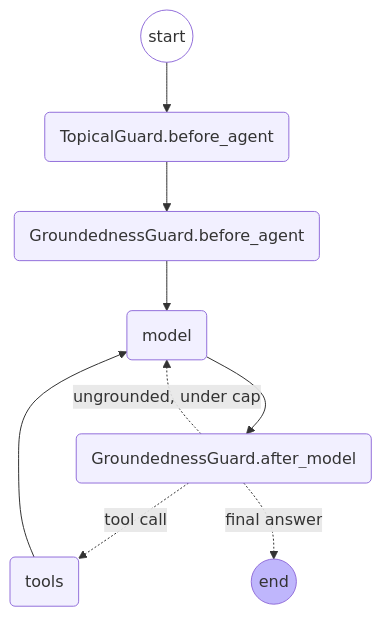
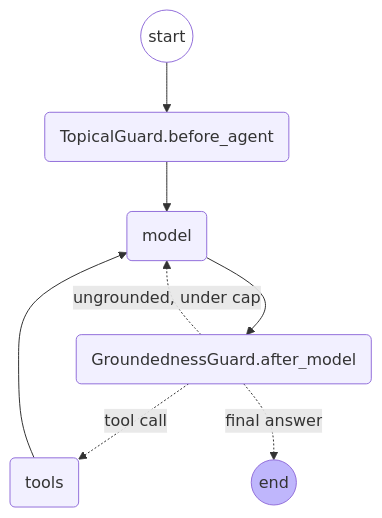
One commit to hadifar/rag changed the third of 5 diagrams in docs/architecture.md. Above: the diagram before and after it, drawn with Mermaid. The commit also changed other lines of this file and 2 other files, not shown here.

Commit message:
refactor(guards): derive groundedness revisions from turn messages, drop before_agent

````diff
--- a/docs/architecture.md
+++ b/docs/architecture.md
@@ -82,17 +81,16 @@
 ```mermaid
 graph TD
     __start__((start)) --> topical(TopicalGuard.before_agent)
-    topical --> resetg(GroundednessGuard.before_agent)
-    resetg --> model(model)
+    topical --> model(model)
     model --> verify(GroundednessGuard.after_model)
     verify -.->|tool call| tools(tools)
     verify -.->|ungrounded, under cap| model
     verify -.->|final answer| __end__((end))
     tools --> model
 
     classDef default fill:#f2f0ff,line-height:1.2
     classDef first fill-opacity:0
     classDef last fill:#bfb6fc
     class __start__ first
     class __end__ last
 ```
````
